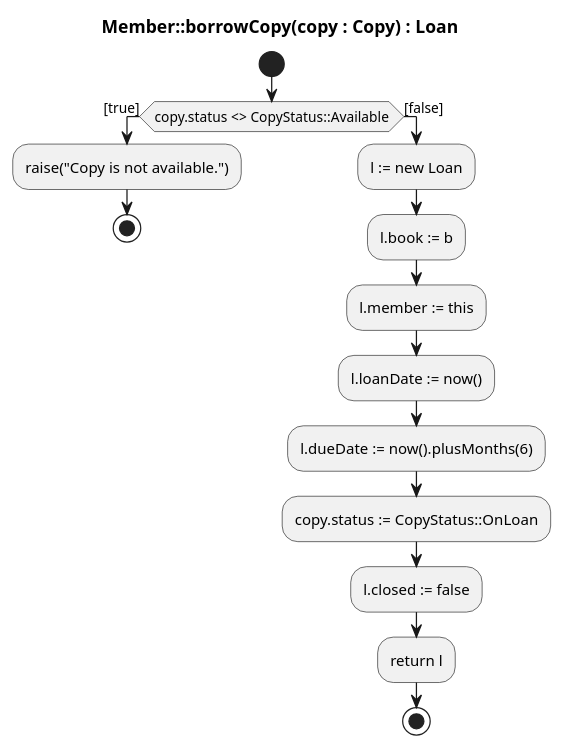
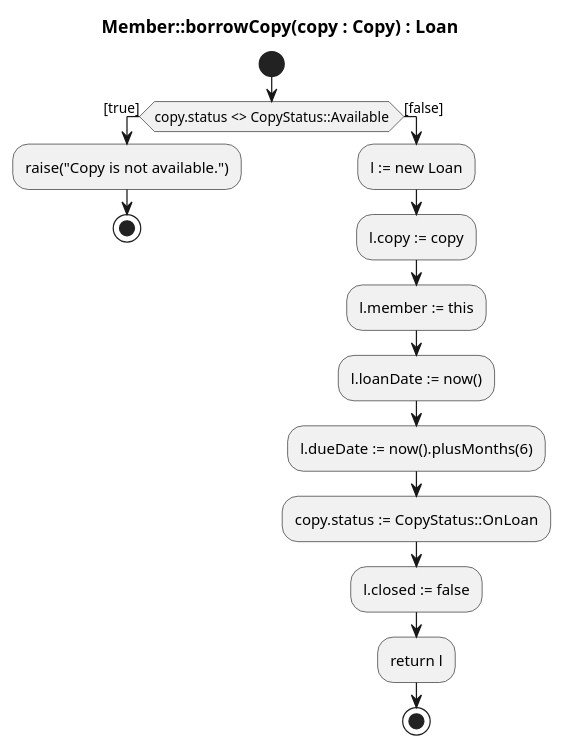
The diagram in library/classical-uml/borrow-copy.puml (scx-othr/MoProCo-evaluation), drawn with PlantUML before and after one commit. The commit also changed 17 other files, not shown here.

```diff
--- a/library/classical-uml/borrow-copy.puml
+++ b/library/classical-uml/borrow-copy.puml
@@ -1,19 +1,19 @@
 @startuml
 title Member::borrowCopy(copy : Copy) : Loan
 
 start
 if (copy.status <> CopyStatus::Available) then ([true])
   :raise("Copy is not available.");
   stop
 else ([false])
   :l := new Loan;
-  :l.book := b;
+  :l.copy := copy;
   :l.member := this;
   :l.loanDate := now();
   :l.dueDate := now().plusMonths(6);
   :copy.status := CopyStatus::OnLoan;
   :l.closed := false;
   :return l;
   stop
 endif
 @enduml
```
